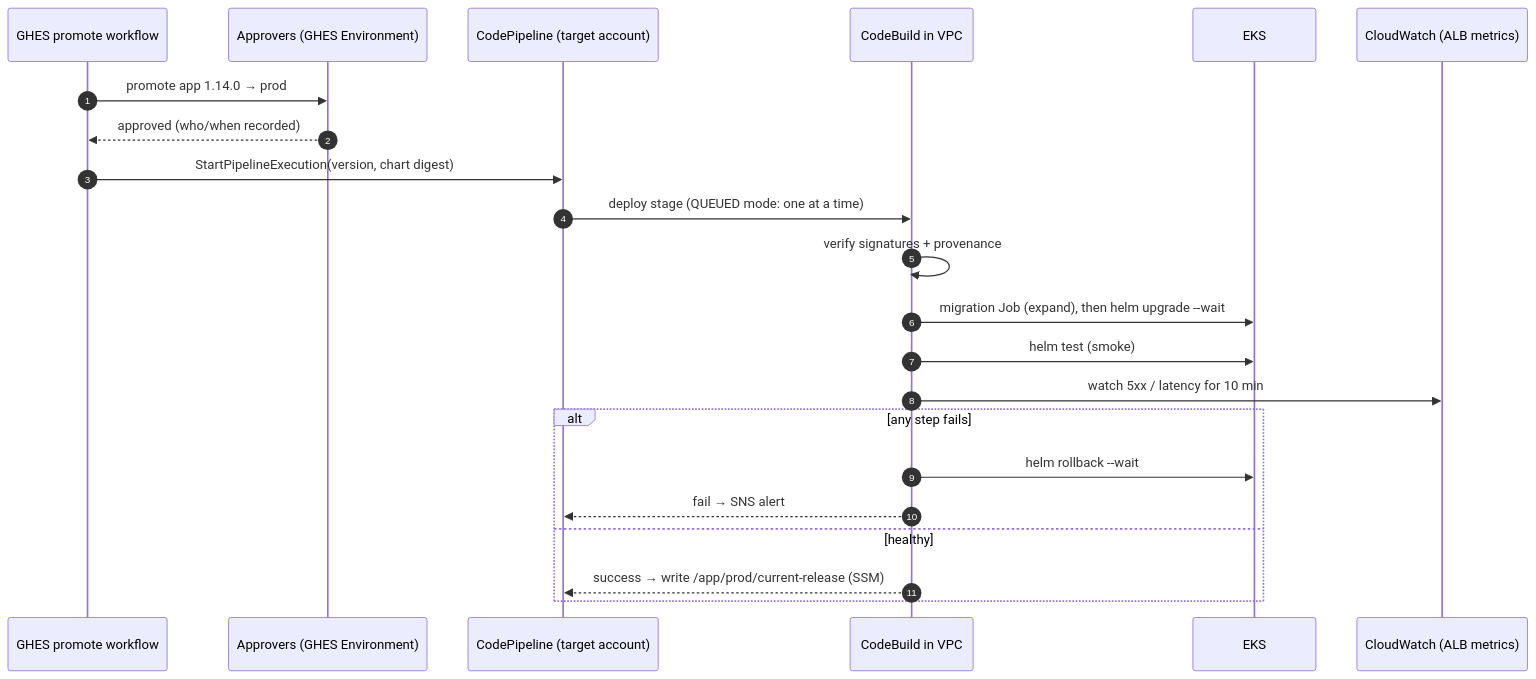
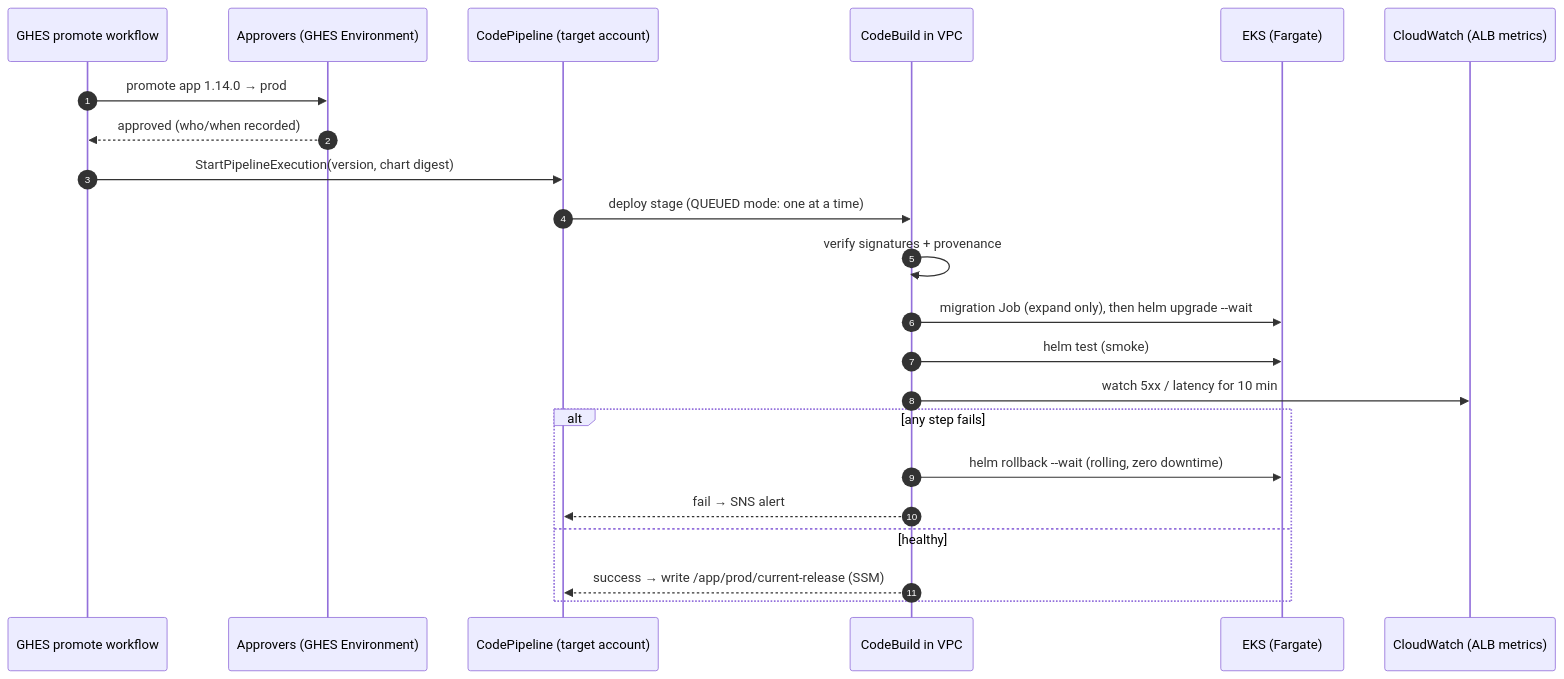
Before and after one commit to sholtomaud/GHES-EKS-zero-downtime-deployments: the second of 2 diagrams in PROPOSAL.md, drawn with Mermaid. The commit also changed other lines of this file and 2 other files, not shown here.

First line of the commit message:
Proposal v4: registry distribution, rolling rollback, Fargate

````diff
--- a/PROPOSAL.md
+++ b/PROPOSAL.md
@@ -151,24 +187,24 @@
 ```mermaid
 sequenceDiagram
   autonumber
   participant G as GHES promote workflow
   participant R as Approvers (GHES Environment)
   participant P as CodePipeline (target account)
   participant B as CodeBuild in VPC
-  participant K as EKS
+  participant K as EKS (Fargate)
   participant W as CloudWatch (ALB metrics)
   G->>R: promote app 1.14.0 → prod
   R-->>G: approved (who/when recorded)
   G->>P: StartPipelineExecution(version, chart digest)
   P->>B: deploy stage (QUEUED mode: one at a time)
   B->>B: verify signatures + provenance
-  B->>K: migration Job (expand), then helm upgrade --wait
+  B->>K: migration Job (expand only), then helm upgrade --wait
   B->>K: helm test (smoke)
   B->>W: watch 5xx / latency for 10 min
   alt any step fails
-    B->>K: helm rollback --wait
+    B->>K: helm rollback --wait (rolling, zero downtime)
     B-->>P: fail → SNS alert
   else healthy
     B-->>P: success → write /app/prod/current-release (SSM)
   end
 ```
````
